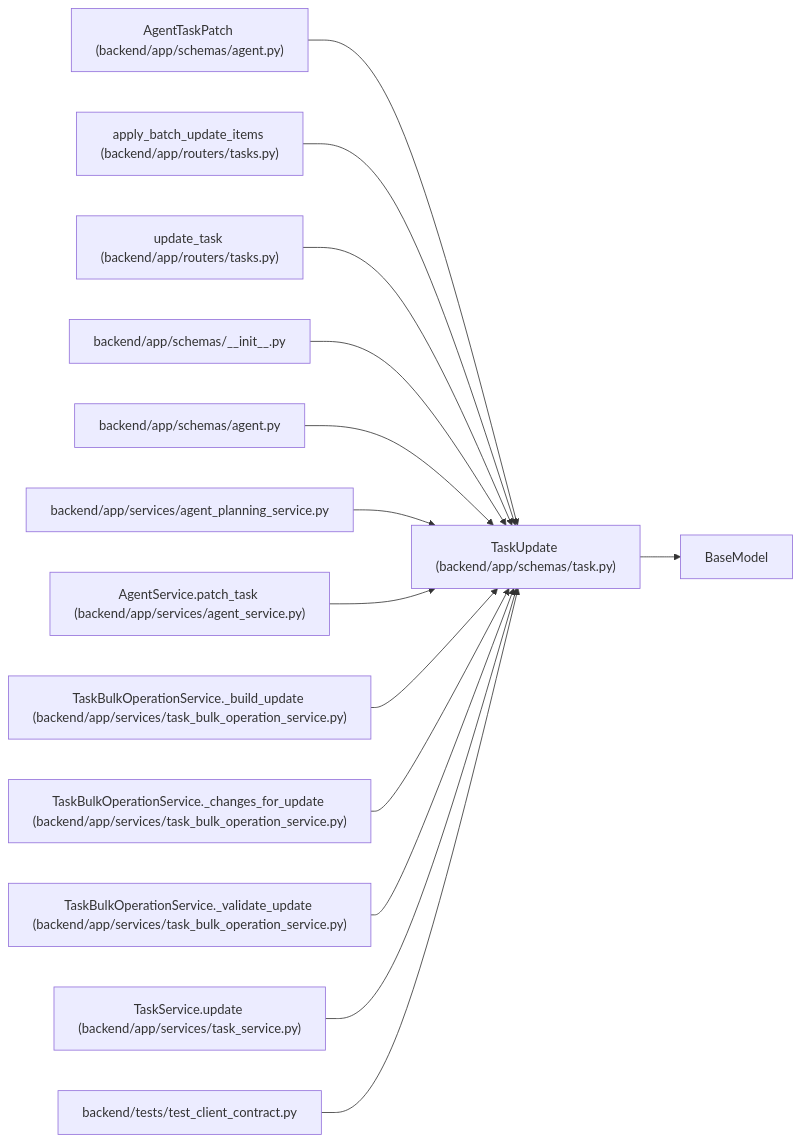
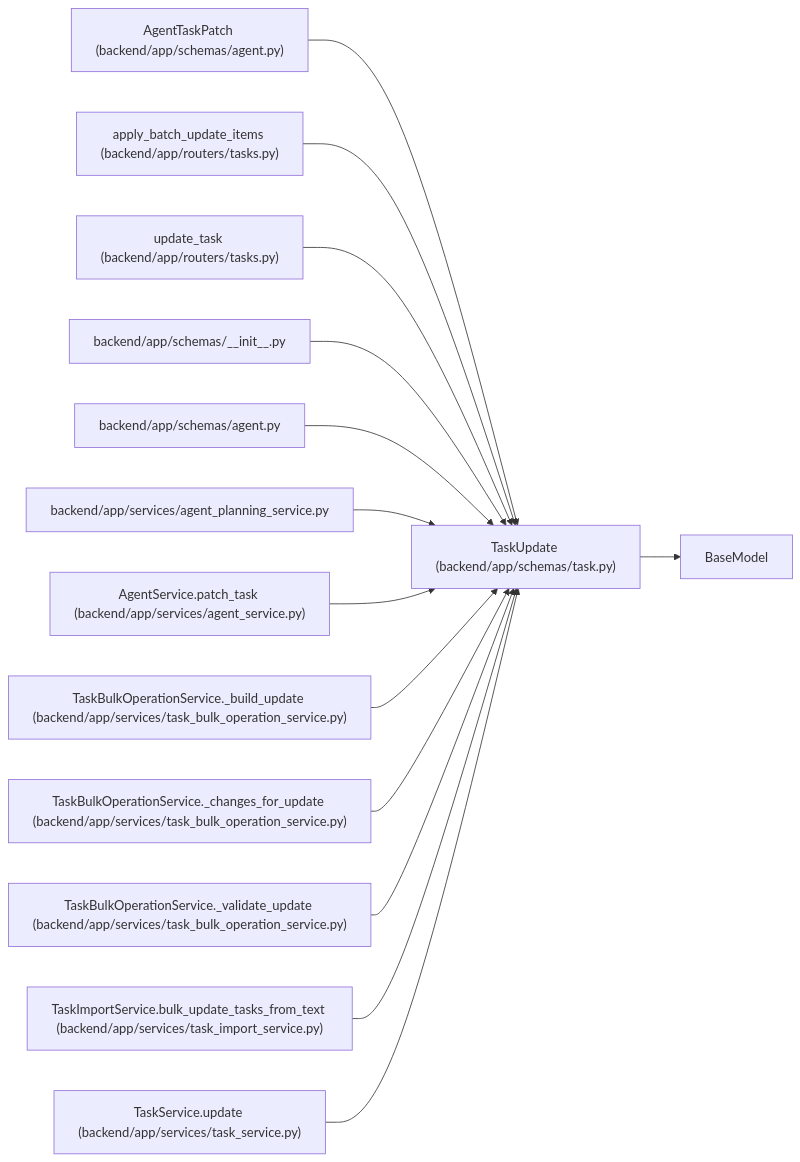
The diagram in docs/llm_wiki/entities/schemas_task_TaskUpdate.md (Denissvgn/WorkChord), drawn with Mermaid before and after one commit. The commit also changed other lines of this file and 1238 other files, not shown here.

First line of the commit message:
docs(wiki): publish compact canonical domain architecture

````diff
--- a/docs/llm_wiki/entities/schemas_task_TaskUpdate.md
+++ b/docs/llm_wiki/entities/schemas_task_TaskUpdate.md
@@ -52,43 +55,43 @@
 ```mermaid
 flowchart LR
     n0["TaskUpdate (backend/app/schemas/task.py)"]
     n1["BaseModel"]
     n2["AgentTaskPatch (backend/app/schemas/agent.py)"]
     n3["apply_batch_update_items (backend/app/routers/tasks.py)"]
     n4["update_task (backend/app/routers/tasks.py)"]
     n5["backend/app/schemas/__init__.py"]
     n6["backend/app/schemas/agent.py"]
     n7["backend/app/services/agent_planning_service.py"]
     n8["AgentService.patch_task (backend/app/services/agent_service.py)"]
     n9["TaskBulkOperationService._build_update (backend/app/services/task_bulk_operation_service.py)"]
     n10["TaskBulkOperationService._changes_for_update (backend/app/services/task_bulk_operation_service.py)"]
     n11["TaskBulkOperationService._validate_update (backend/app/services/task_bulk_operation_service.py)"]
-    n12["TaskService.update (backend/app/services/task_service.py)"]
-    n13["backend/tests/test_client_contract.py"]
+    n12["TaskImportService.bulk_update_tasks_from_text (backend/app/services/task_import_service.py)"]
+    n13["TaskService.update (backend/app/services/task_service.py)"]
     n0 --> n1
     n2 --> n0
     n3 --> n0
     n4 --> n0
     n5 --> n0
     n6 --> n0
     n7 --> n0
     n8 --> n0
     n9 --> n0
     n10 --> n0
     n11 --> n0
     n12 --> n0
     n13 --> n0
     click n0 "../modules/schemas_task.md"
     click n2 "../modules/schemas_agent.md"
     click n3 "../modules/tasks.md"
     click n4 "../modules/tasks.md"
     click n5 "../modules/schemas___init__.md"
     click n6 "../modules/schemas_agent.md"
     click n7 "../modules/agent_planning_service.md"
     click n8 "../modules/agent_service.md"
     click n9 "../modules/task_bulk_operation_service.md"
     click n10 "../modules/task_bulk_operation_service.md"
     click n11 "../modules/task_bulk_operation_service.md"
-    click n12 "../modules/task_service.md"
-    click n13 "../modules/test_client_contract.md"
+    click n12 "../modules/task_import_service.md"
+    click n13 "../modules/task_service.md"
 ```
````
